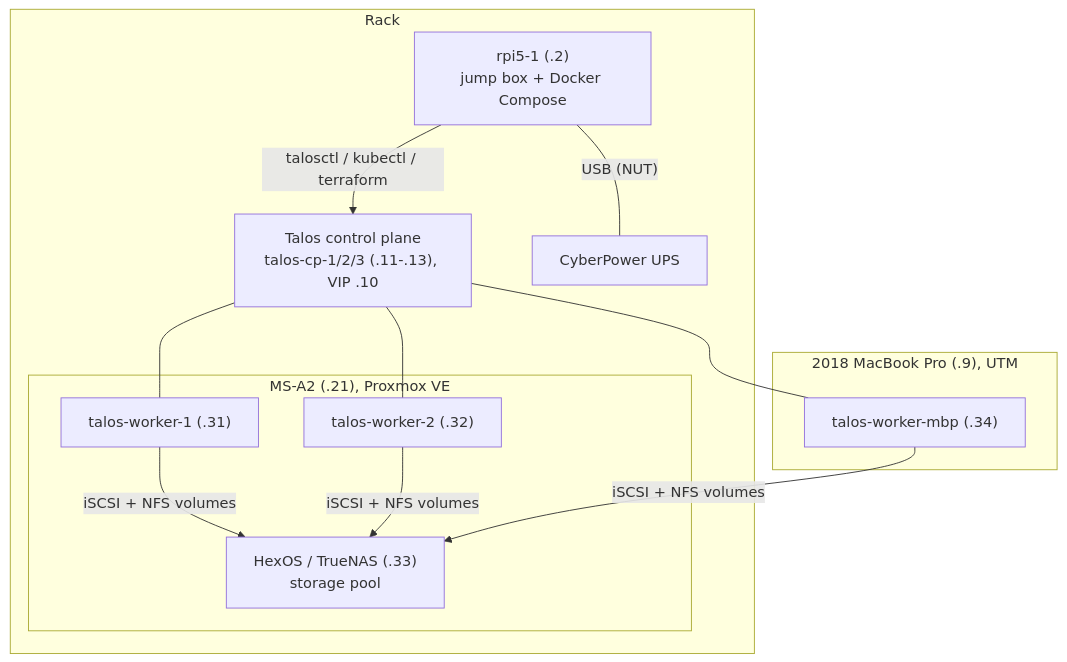
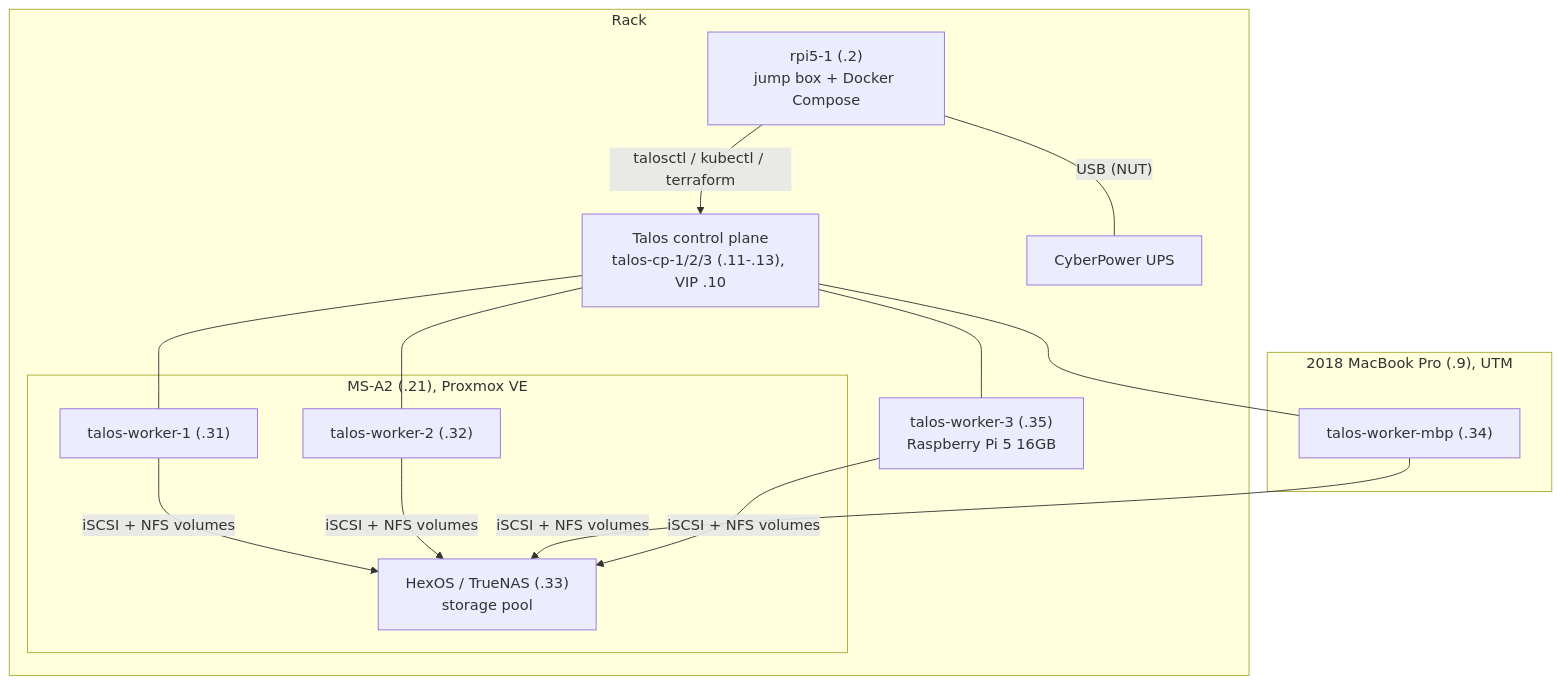
The first of 2 diagrams in docs/overview.md (jakerobb/homelab), drawn with Mermaid before and after one commit. The commit also changed other lines of this file and 13 other files, not shown here.

Commit message:
docs updates post-jumpbox swap and introduction of the 16GB Pi as a Talos worker. (#188)

````diff
--- a/docs/overview.md
+++ b/docs/overview.md
@@ -9,22 +9,23 @@
 ```mermaid
 flowchart TB
     subgraph rack["Rack"]
         rpi["rpi5-1 (.2)<br/>jump box + Docker Compose"]
         cp["Talos control plane<br/>talos-cp-1/2/3 (.11-.13), VIP .10"]
+        wpi["talos-worker-3 (.35)<br/>Raspberry Pi 5 16GB"]
         subgraph msa2["MS-A2 (.21), Proxmox VE"]
             w1["talos-worker-1 (.31)"]
             w2["talos-worker-2 (.32)"]
             hexos["HexOS / TrueNAS (.33)<br/>storage pool"]
         end
         ups["CyberPower UPS"]
     end
 
     subgraph mbp["2018 MacBook Pro (.9), UTM"]
         w3["talos-worker-mbp (.34)"]
     end
 
     rpi -- "talosctl / kubectl / terraform" --> cp
-    cp --- w1 & w2 & w3
-    w1 & w2 & w3 -- "iSCSI + NFS volumes" --> hexos
+    cp --- w1 & w2 & w3 & wpi
+    w1 & w2 & w3 & wpi -- "iSCSI + NFS volumes" --> hexos
     rpi -- "USB (NUT)" --- ups
 ```
````
